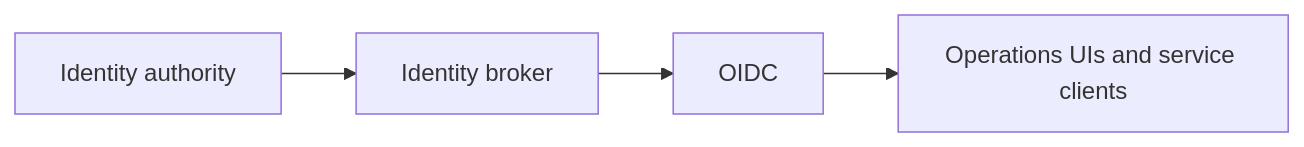
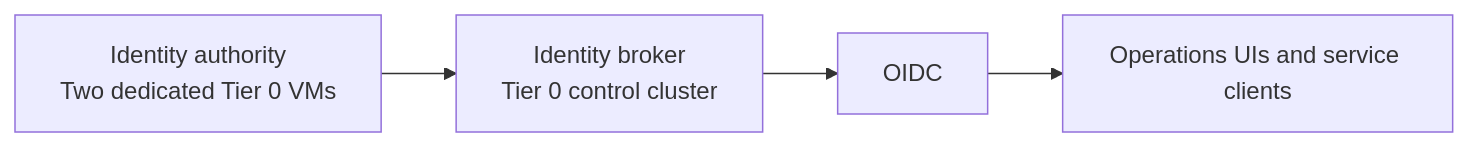
Before and after one commit to Rexus/homelab: the second of 2 diagrams in docs/architecture/tier-model.md, drawn with Mermaid. The commit also changed other lines of this file and 16 other files, not shown here.

Commit message:
fix(tier0): align deployment phases and identity placement

````diff
--- a/docs/architecture/tier-model.md
+++ b/docs/architecture/tier-model.md
@@ -136,6 +138,7 @@
 ```mermaid
 flowchart LR
-  Authority["Identity authority"] --> Broker["Identity broker"]
+  Authority["Identity authority<br/>Two dedicated Tier 0 VMs"]
+  Authority --> Broker["Identity broker<br/>Tier 0 control cluster"]
   Broker --> OIDC["OIDC"]
   OIDC --> Clients["Operations UIs and service clients"]
 ```
````
